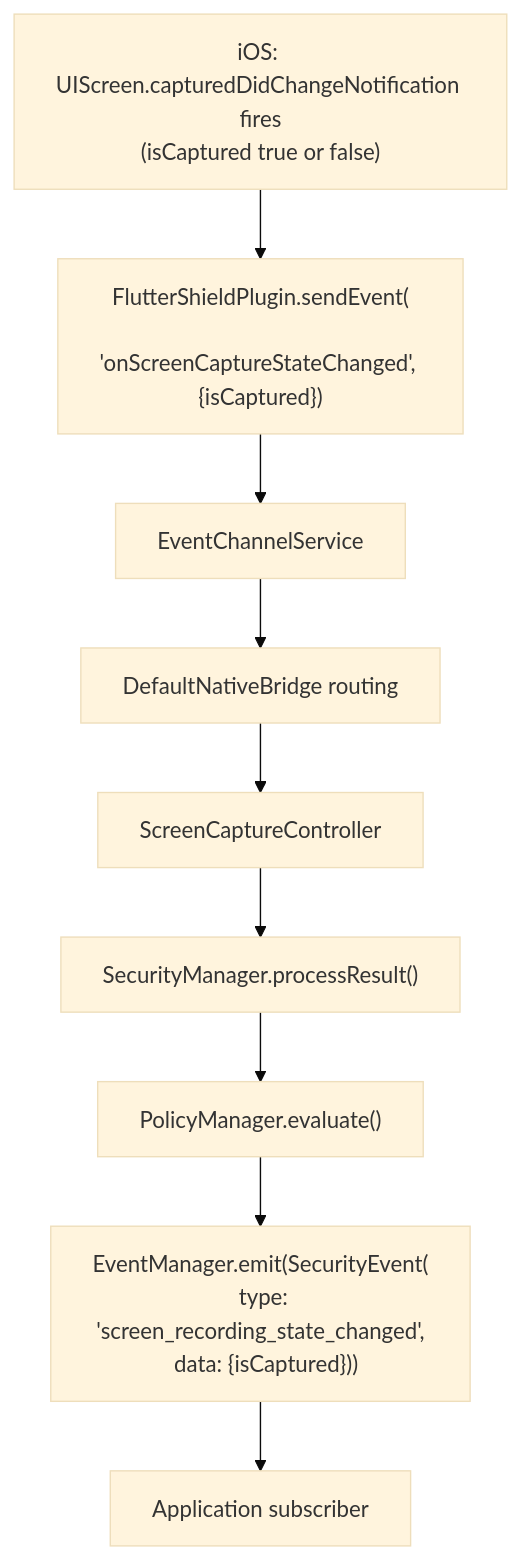
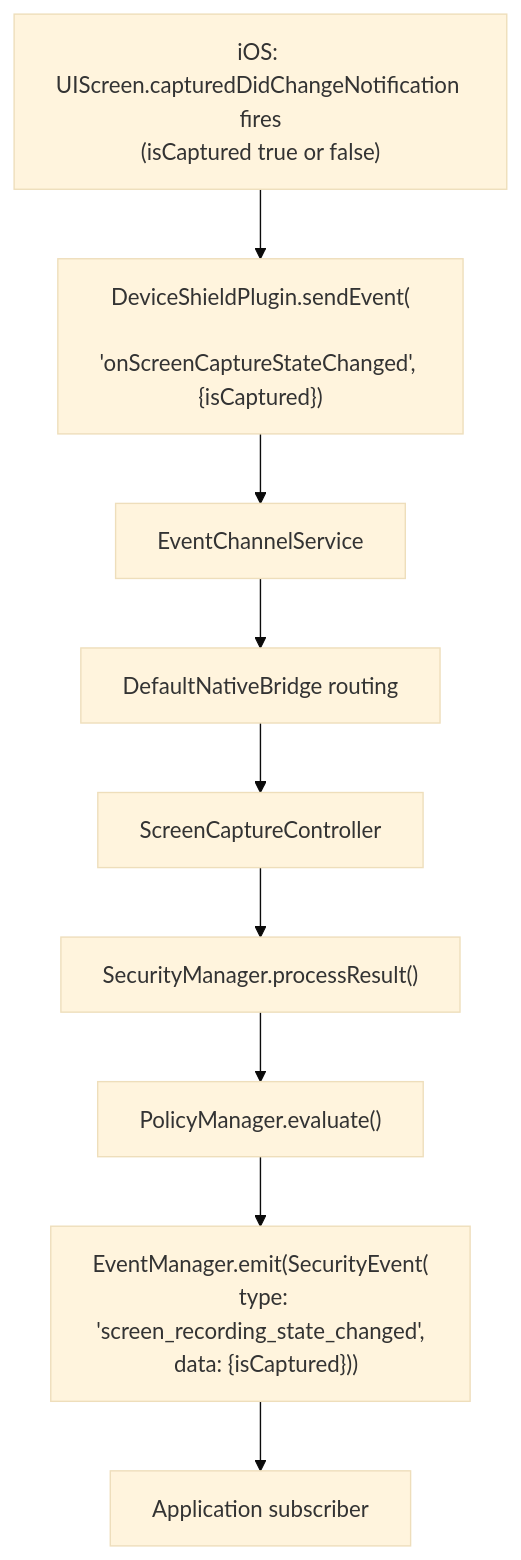
The second of 6 diagrams in app/doc/features/SCREENSHOT_SCREEN_RECORDING_PROTECTION.md (Vikaskumar75/device-shield), drawn with Mermaid (base theme) before and after one commit. The commit also changed other lines of this file and 225 other files, not shown here.

First line of the commit message:
Add documentation for device_shield including FAQ, troubleshooting, installation, and platform setup

````diff
--- a/app/doc/features/SCREENSHOT_SCREEN_RECORDING_PROTECTION.md
+++ b/app/doc/features/SCREENSHOT_SCREEN_RECORDING_PROTECTION.md
@@ -206,14 +206,14 @@
 ```mermaid
 flowchart TD
     OS["iOS: UIScreen.capturedDidChangeNotification fires\n(isCaptured true or false)"]
-    PLUGIN["FlutterShieldPlugin.sendEvent(\n  'onScreenCaptureStateChanged', {isCaptured})"]
+    PLUGIN["DeviceShieldPlugin.sendEvent(\n  'onScreenCaptureStateChanged', {isCaptured})"]
     ECS["EventChannelService"]
     NB["DefaultNativeBridge routing"]
     SCC["ScreenCaptureController"]
     SM["SecurityManager.processResult()"]
     POL["PolicyManager.evaluate()"]
     EM["EventManager.emit(SecurityEvent(\n  type: 'screen_recording_state_changed',\n  data: {isCaptured}))"]
     APP["Application subscriber"]
 
     OS --> PLUGIN --> ECS --> NB --> SCC --> SM --> POL --> EM --> APP
 ```
````
